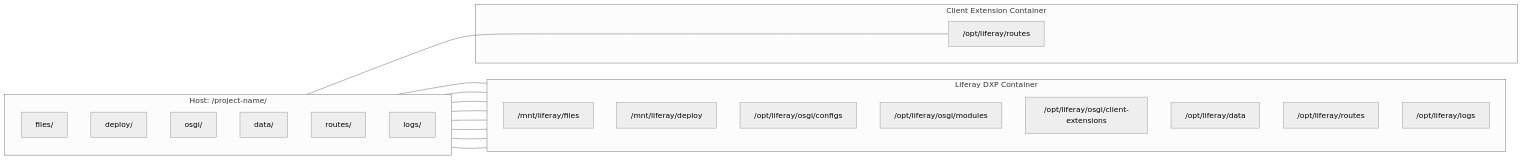
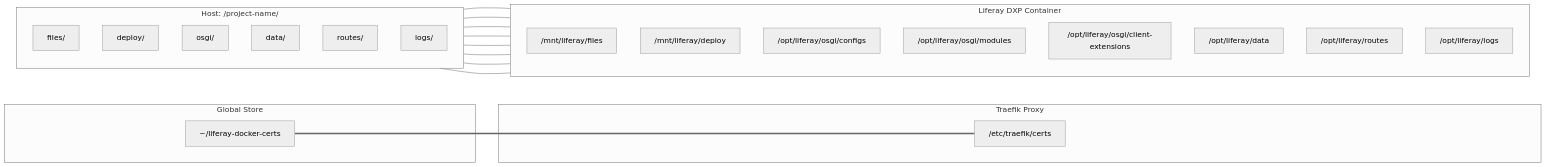
One commit to peterrichards-lr/liferay-docker-manager changed the second of 5 diagrams in docs/LDM_ARCHITECTURE.md. Above: the diagram before and after it, drawn with Mermaid (neutral theme). The commit also changed other lines of this file and 7 other files, not shown here.

````diff
--- a/docs/LDM_ARCHITECTURE.md
+++ b/docs/LDM_ARCHITECTURE.md
@@ -61,41 +61,43 @@
 ```mermaid
 graph LR
+    subgraph Global_Storage [Global Store]
+        G_Certs[~/liferay-docker-certs]
+    end
+
     subgraph Host_Project_Dir [Host: /project-name/]
         direction TB
         H_Files[files/]
         H_Deploy[deploy/]
         H_OSGi[osgi/]
         H_Data[data/]
         H_Routes[routes/]
         H_Logs[logs/]
+    end
+
+    subgraph Traefik_Container [Traefik Proxy]
+        T_Certs["/etc/traefik/certs"]
     end
 
     subgraph Liferay_Container [Liferay DXP Container]
         direction TB
         C_Files["/mnt/liferay/files"]
         C_Deploy["/mnt/liferay/deploy"]
         C_Configs["/opt/liferay/osgi/configs"]
         C_Modules["/opt/liferay/osgi/modules"]
         C_CX["/opt/liferay/osgi/client-extensions"]
         C_Data["/opt/liferay/data"]
         C_Routes["/opt/liferay/routes"]
         C_Logs["/opt/liferay/logs"]
     end
 
-    subgraph SSCE_Container [Client Extension Container]
-        S_Routes["/opt/liferay/routes"]
-    end
-
     %% Mappings
+    G_Certs === T_Certs
     H_Files --- C_Files
     H_Deploy --- C_Deploy
     H_OSGi --- C_Configs
     H_OSGi --- C_Modules
     H_OSGi --- C_CX
     H_Data --- C_Data
     H_Routes --- C_Routes
     H_Logs --- C_Logs
-    
-    %% Shared Metadata
-    H_Routes --- S_Routes
 ```
````
